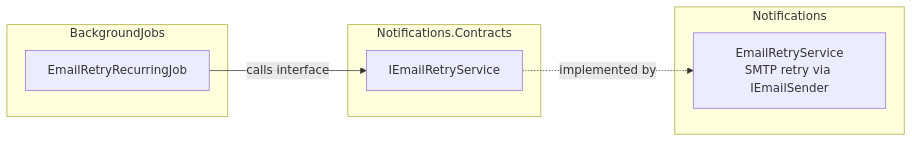
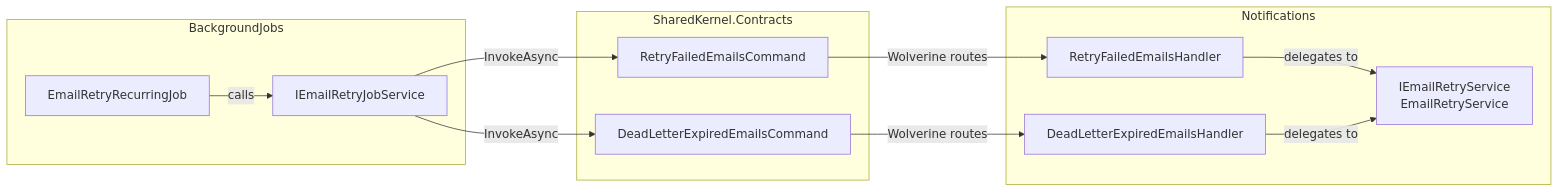
Before and after one commit to zribktad/API-Template-Modules: the sixth of 9 diagrams in README.md, drawn with Mermaid. The commit also changed other lines of this file and 8 other files, not shown here.

Commit message:
feat: Implement email retry job service and related commands for background processing

````diff
--- a/README.md
+++ b/README.md
@@ -235,17 +235,26 @@
 ```mermaid
 flowchart LR
     subgraph BackgroundJobs
         BJ_H[EmailRetryRecurringJob]
+        BJ_SVC[IEmailRetryJobService]
     end
 
-    subgraph Notifications_Contracts ["Notifications.Contracts"]
-        ISVC[IEmailRetryService]
+    subgraph SharedKernel_Contracts ["SharedKernel.Contracts"]
+        CMD1[RetryFailedEmailsCommand]
+        CMD2[DeadLetterExpiredEmailsCommand]
     end
 
     subgraph Notifications
-        SVC_IMPL[EmailRetryService\nSMTP retry via IEmailSender]
+        NF_H1[RetryFailedEmailsHandler]
+        NF_H2[DeadLetterExpiredEmailsHandler]
+        NF_SVC[IEmailRetryService\nEmailRetryService]
     end
 
-    BJ_H -->|calls interface| ISVC
-    ISVC -.->|implemented by| SVC_IMPL
+    BJ_H -->|calls| BJ_SVC
+    BJ_SVC -->|InvokeAsync| CMD1
+    BJ_SVC -->|InvokeAsync| CMD2
+    CMD1 -->|Wolverine routes| NF_H1
+    CMD2 -->|Wolverine routes| NF_H2
+    NF_H1 -->|delegates to| NF_SVC
+    NF_H2 -->|delegates to| NF_SVC
 ```
````
